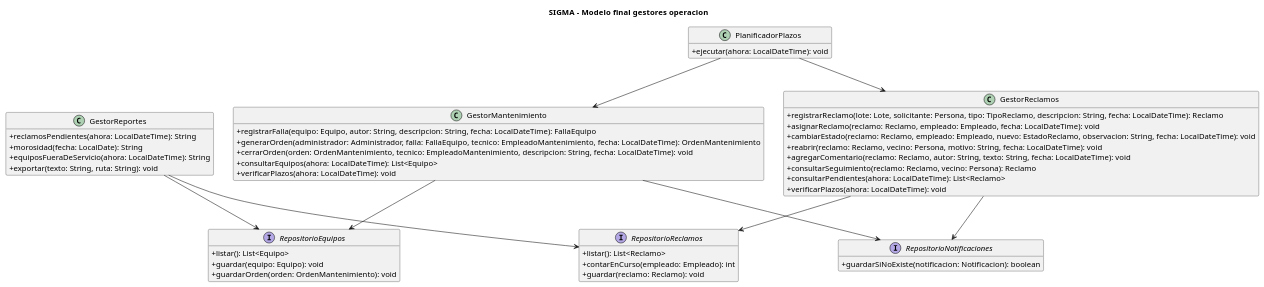
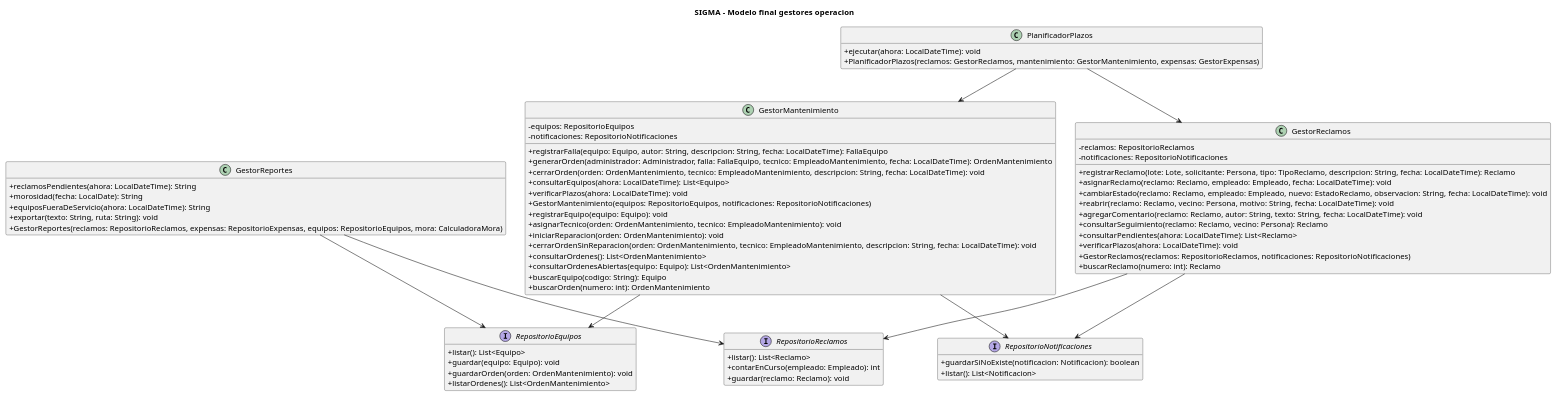
One commit to fedemarr/TP-POO-SIGMA changed the diagram in docs/uml/09-gestores-operacion.puml. Above: the diagram before and after it, drawn with PlantUML. The commit also changed 42 other files, not shown here.

```diff
--- a/docs/uml/09-gestores-operacion.puml
+++ b/docs/uml/09-gestores-operacion.puml
@@ -1,63 +1,82 @@
 @startuml 09-gestores-operacion
 title SIGMA - Modelo final   gestores operacion
 scale max 3800*3800
 skinparam defaultFontName Arial
 skinparam defaultFontSize 14
 skinparam classAttributeIconSize 0
 skinparam shadowing false
 hide empty members
 
 class GestorReclamos {
+    - reclamos: RepositorioReclamos
+    - notificaciones: RepositorioNotificaciones
     + registrarReclamo(lote: Lote, solicitante: Persona, tipo: TipoReclamo, descripcion: String, fecha: LocalDateTime): Reclamo
     + asignarReclamo(reclamo: Reclamo, empleado: Empleado, fecha: LocalDateTime): void
     + cambiarEstado(reclamo: Reclamo, empleado: Empleado, nuevo: EstadoReclamo, observacion: String, fecha: LocalDateTime): void
     + reabrir(reclamo: Reclamo, vecino: Persona, motivo: String, fecha: LocalDateTime): void
     + agregarComentario(reclamo: Reclamo, autor: String, texto: String, fecha: LocalDateTime): void
     + consultarSeguimiento(reclamo: Reclamo, vecino: Persona): Reclamo
     + consultarPendientes(ahora: LocalDateTime): List<Reclamo>
     + verificarPlazos(ahora: LocalDateTime): void
+    + GestorReclamos(reclamos: RepositorioReclamos, notificaciones: RepositorioNotificaciones)
+    + buscarReclamo(numero: int): Reclamo
   }
 
 class GestorMantenimiento {
+    - equipos: RepositorioEquipos
+    - notificaciones: RepositorioNotificaciones
     + registrarFalla(equipo: Equipo, autor: String, descripcion: String, fecha: LocalDateTime): FallaEquipo
     + generarOrden(administrador: Administrador, falla: FallaEquipo, tecnico: EmpleadoMantenimiento, fecha: LocalDateTime): OrdenMantenimiento
     + cerrarOrden(orden: OrdenMantenimiento, tecnico: EmpleadoMantenimiento, descripcion: String, fecha: LocalDateTime): void
     + consultarEquipos(ahora: LocalDateTime): List<Equipo>
     + verificarPlazos(ahora: LocalDateTime): void
+    + GestorMantenimiento(equipos: RepositorioEquipos, notificaciones: RepositorioNotificaciones)
+    + registrarEquipo(equipo: Equipo): void
+    + asignarTecnico(orden: OrdenMantenimiento, tecnico: EmpleadoMantenimiento): void
+    + iniciarReparacion(orden: OrdenMantenimiento): void
+    + cerrarOrdenSinReparacion(orden: OrdenMantenimiento, tecnico: EmpleadoMantenimiento, descripcion: String, fecha: LocalDateTime): void
+    + consultarOrdenes(): List<OrdenMantenimiento>
+    + consultarOrdenesAbiertas(equipo: Equipo): List<OrdenMantenimiento>
+    + buscarEquipo(codigo: String): Equipo
+    + buscarOrden(numero: int): OrdenMantenimiento
   }
 
 class GestorReportes {
     + reclamosPendientes(ahora: LocalDateTime): String
     + morosidad(fecha: LocalDate): String
     + equiposFueraDeServicio(ahora: LocalDateTime): String
     + exportar(texto: String, ruta: String): void
+    + GestorReportes(reclamos: RepositorioReclamos, expensas: RepositorioExpensas, equipos: RepositorioEquipos, mora: CalculadoraMora)
   }
 
 class PlanificadorPlazos {
     + ejecutar(ahora: LocalDateTime): void
+    + PlanificadorPlazos(reclamos: GestorReclamos, mantenimiento: GestorMantenimiento, expensas: GestorExpensas)
   }
 
 interface RepositorioReclamos {
     + listar(): List<Reclamo>
     + contarEnCurso(empleado: Empleado): int
     + guardar(reclamo: Reclamo): void
   }
 
 interface RepositorioEquipos {
     + listar(): List<Equipo>
     + guardar(equipo: Equipo): void
     + guardarOrden(orden: OrdenMantenimiento): void
+    + listarOrdenes(): List<OrdenMantenimiento>
   }
 
 interface RepositorioNotificaciones {
     + guardarSiNoExiste(notificacion: Notificacion): boolean
+    + listar(): List<Notificacion>
   }
 GestorReclamos --> RepositorioReclamos
 GestorMantenimiento --> RepositorioEquipos
 GestorReportes --> RepositorioReclamos
 GestorReportes --> RepositorioEquipos
 PlanificadorPlazos --> GestorReclamos
 PlanificadorPlazos --> GestorMantenimiento
 GestorReclamos --> RepositorioNotificaciones
 GestorMantenimiento --> RepositorioNotificaciones
 @enduml
```
